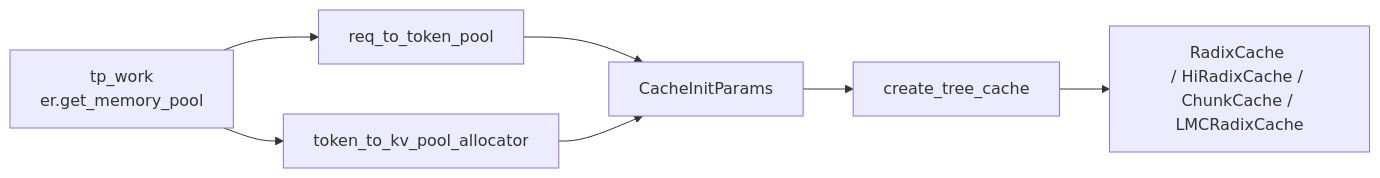
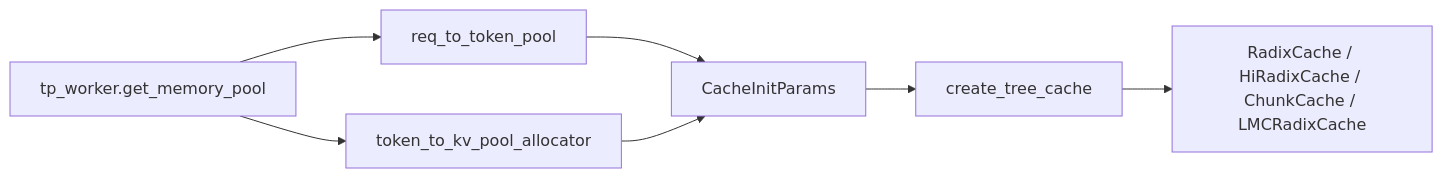
The fourth of 11 diagrams in src/data/sglang-content/sglang-source-reading/03-kv-cache-radix-cache.md (cl-vv-h/AI_Infra_Tutor_Page), drawn with Mermaid before and after one commit. The commit also changed other lines of this file and 25 other files, not shown here.

Commit message:
Fix markdown rendering with react-markdown, add SGLang knowledge graph

````diff
--- a/src/data/sglang-content/sglang-source-reading/03-kv-cache-radix-cache.md
+++ b/src/data/sglang-content/sglang-source-reading/03-kv-cache-radix-cache.md
@@ -188,15 +87,9 @@
 ```mermaid
 flowchart LR
-  A["tp_work
-er.get_memory_pool"] --> B["req_to_token_pool
-"]
+  A["tp_worker.get_memory_pool"] --> B["req_to_token_pool"]
   A --> C["token_to_kv_pool_allocator"]
-  
-B --> D["CacheInitParams"]
+  B --> D["CacheInitParams"]
   C --> D
-  D --> 
-E["create_tree_cache"]
-  E --> F["RadixCache 
-/ HiRadixCache / ChunkCache / LMCRadixCache"]
-
+  D --> E["create_tree_cache"]
+  E --> F["RadixCache / HiRadixCache / ChunkCache / LMCRadixCache"]
 ```
````
